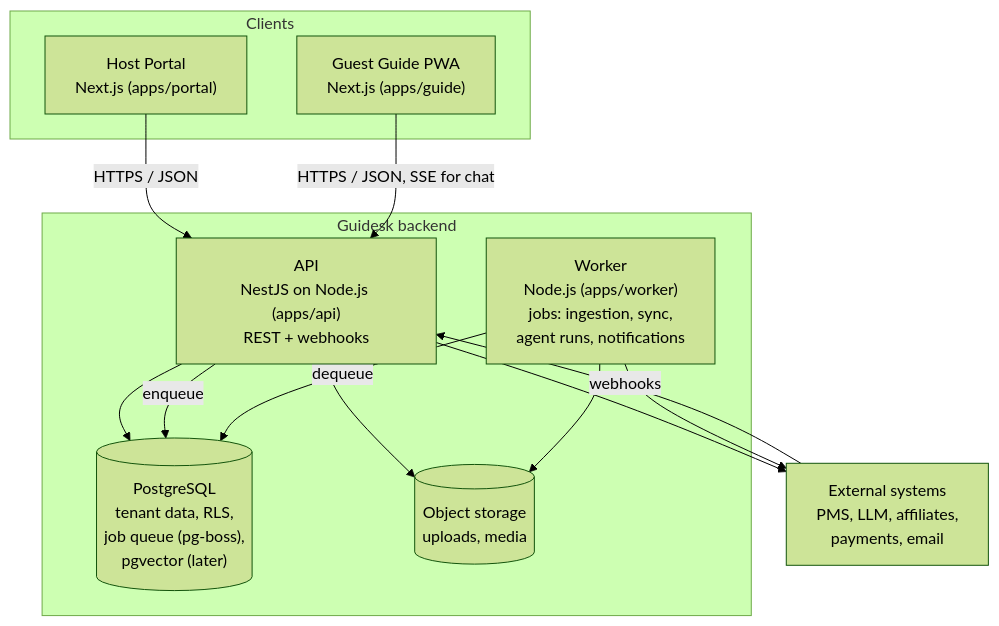
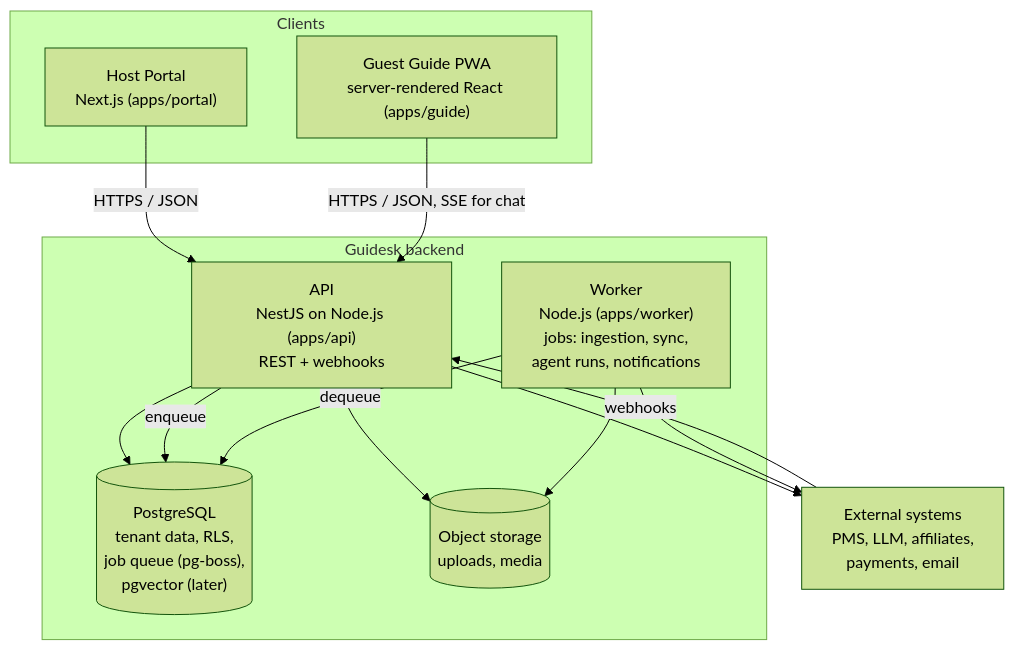
Before and after one commit to gSoto23/guide: the second of 7 diagrams in docs/architecture/overview.md, drawn with Mermaid (forest theme). The commit also changed other lines of this file and 15 other files, not shown here.

Commit message:
feat(004): offline reading, open counts, and architecture docs (US5, US6)

````diff
--- a/docs/architecture/overview.md
+++ b/docs/architecture/overview.md
@@ -59,27 +59,27 @@
 ```mermaid
 flowchart TB
     subgraph clients["Clients"]
         portal["Host Portal<br/>Next.js (apps/portal)"]
-        guide["Guest Guide PWA<br/>Next.js (apps/guide)"]
+        guide["Guest Guide PWA<br/>server-rendered React (apps/guide)"]
     end
 
     subgraph backend["Guidesk backend"]
         api["API<br/>NestJS on Node.js (apps/api)<br/>REST + webhooks"]
         worker["Worker<br/>Node.js (apps/worker)<br/>jobs: ingestion, sync,<br/>agent runs, notifications"]
         db[("PostgreSQL<br/>tenant data, RLS,<br/>job queue (pg-boss),<br/>pgvector (later)")]
         obj[("Object storage<br/>uploads, media")]
     end
 
     ext["External systems<br/>PMS, LLM, affiliates,<br/>payments, email"]
 
     portal -- "HTTPS / JSON" --> api
     guide -- "HTTPS / JSON, SSE for chat" --> api
     api --> db
     api --> obj
     api -- "enqueue" --> db
     worker -- "dequeue" --> db
     worker --> obj
     api --> ext
     worker --> ext
     ext -- "webhooks" --> api
 ```
````
